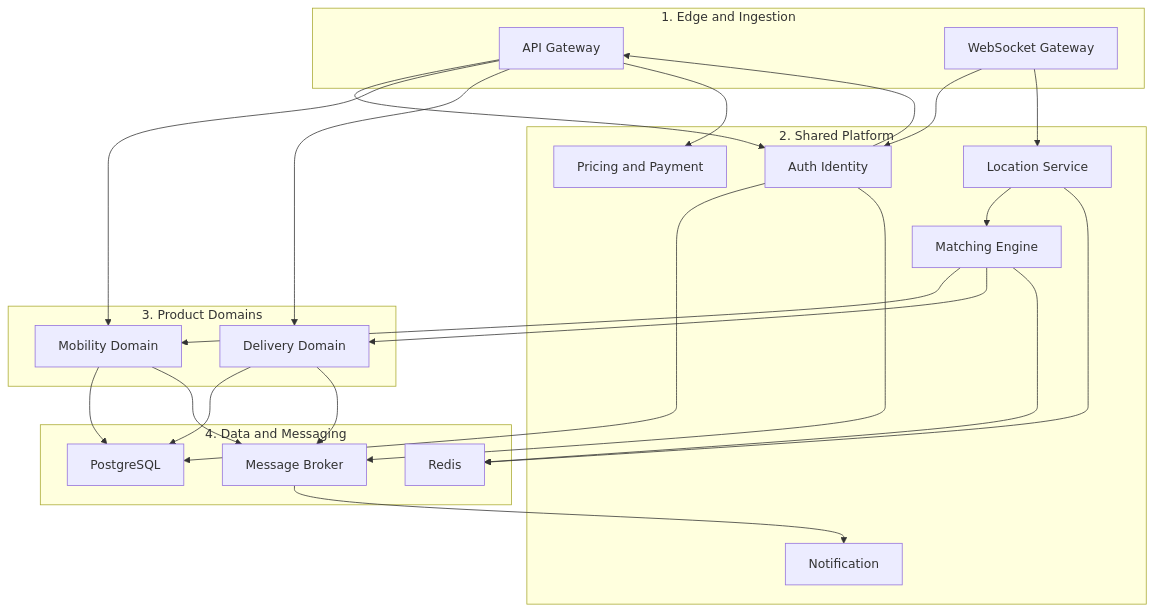
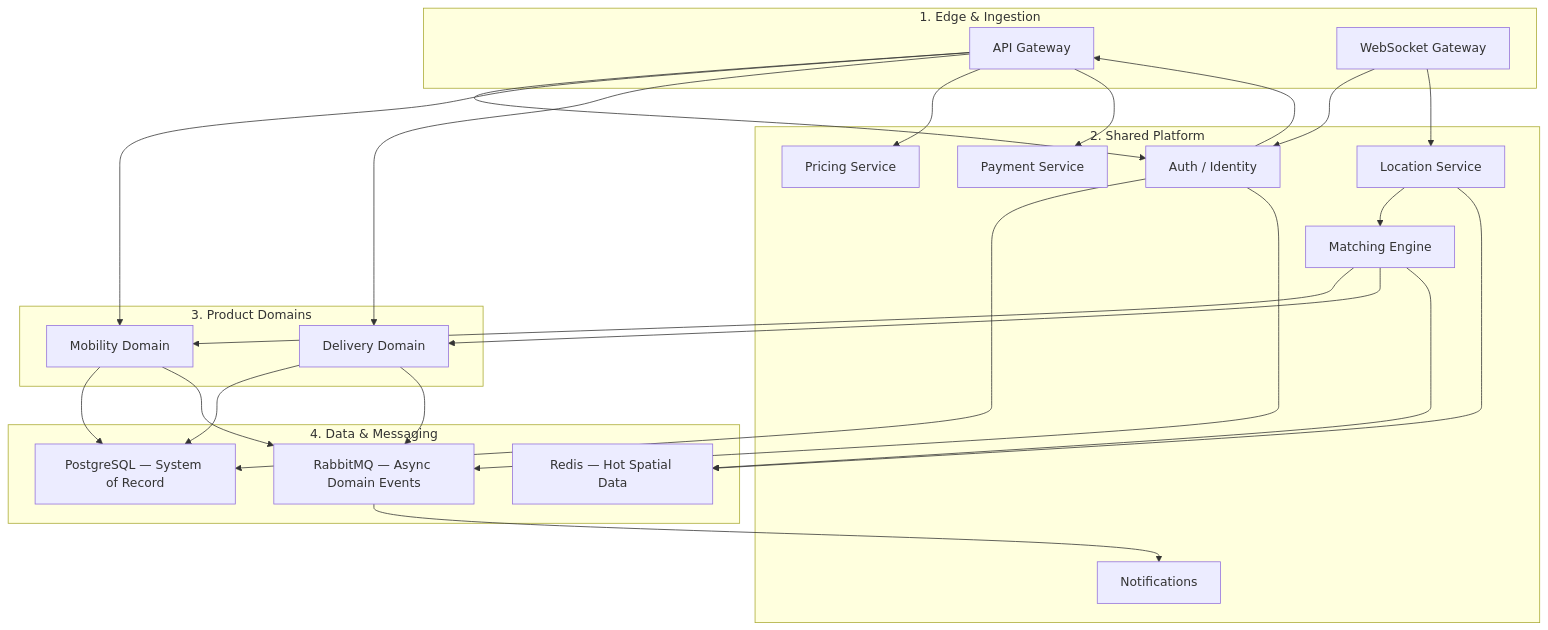
One commit to mostafiz57/Software-Architecture-Playbook changed the fourth of 17 diagrams in case-studies/mobility-delivery-platform/README.md. Above: the diagram before and after it, drawn with Mermaid. The commit also changed other lines of this file, not shown here.

Commit message:
feat(system): added the updated contain and realtime problem solve

````diff
--- a/case-studies/mobility-delivery-platform/README.md
+++ b/case-studies/mobility-delivery-platform/README.md
@@ -156,46 +192,48 @@
 ```mermaid
 flowchart TB
-  subgraph L1["1. Edge and Ingestion"]
+  subgraph L1["1. Edge & Ingestion"]
     GW["API Gateway"]
     WSG["WebSocket Gateway"]
   end
 
   subgraph L2["2. Shared Platform"]
-    Auth["Auth Identity"]
+    Auth["Auth / Identity"]
     Loc["Location Service"]
     ME["Matching Engine"]
-    PP["Pricing and Payment"]
-    Ntf["Notification"]
+    Price["Pricing Service"]
+    PaySvc["Payment Service"]
+    Ntf["Notifications"]
   end
 
   subgraph L3["3. Product Domains"]
     Mob["Mobility Domain"]
     Del["Delivery Domain"]
   end
 
-  subgraph L4["4. Data and Messaging"]
-    PG["PostgreSQL"]
-    RD["Redis"]
-    MQ["Message Broker"]
+  subgraph L4["4. Data & Messaging"]
+    PG["PostgreSQL — System of Record"]
+    RD["Redis — Hot Spatial Data"]
+    MQ["RabbitMQ — Async Domain Events"]
   end
 
   GW --> Auth
   WSG --> Auth
   Auth --> GW
   GW --> Mob
   GW --> Del
-  GW --> PP
+  GW --> Price
+  GW --> PaySvc
   WSG --> Loc
   Loc --> ME
   ME --> Mob
   ME --> Del
   Auth --> PG
   Mob --> PG
   Del --> PG
   Loc --> RD
   ME --> RD
   Auth --> MQ
   Mob --> MQ
   Del --> MQ
   MQ --> Ntf
 ```
````
